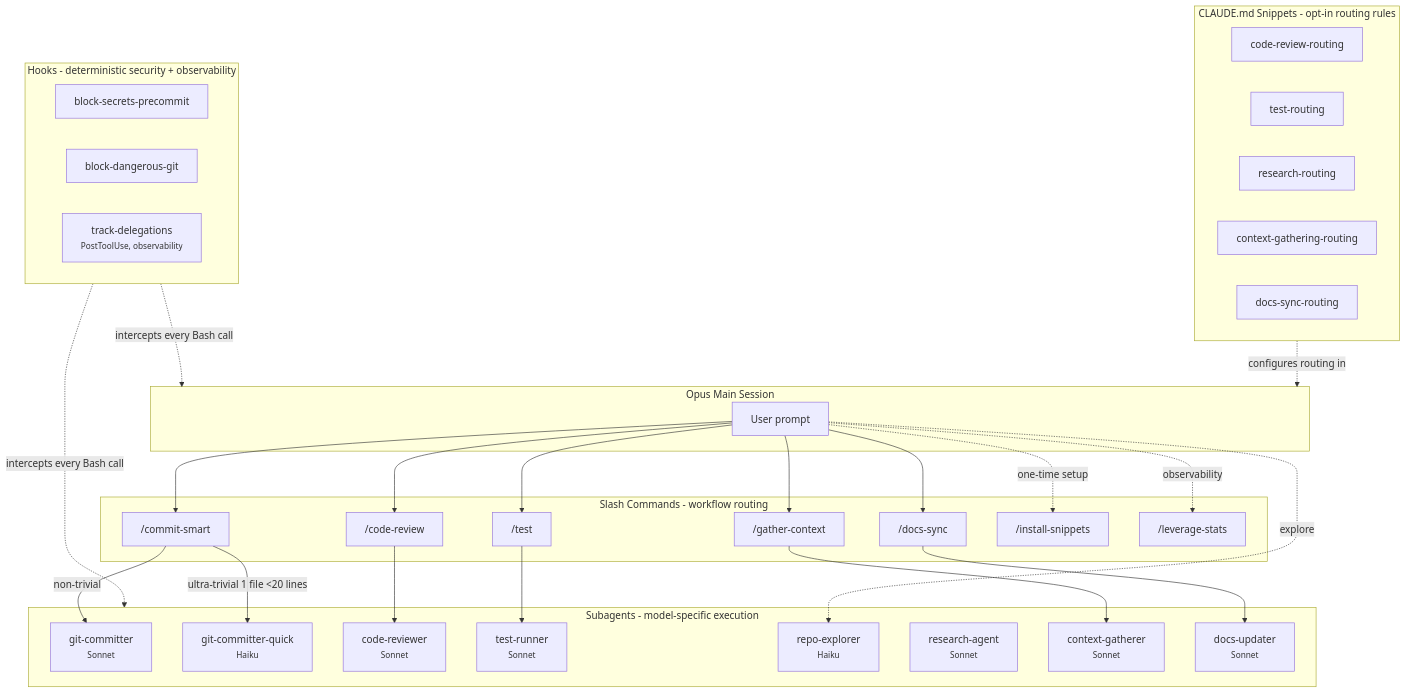
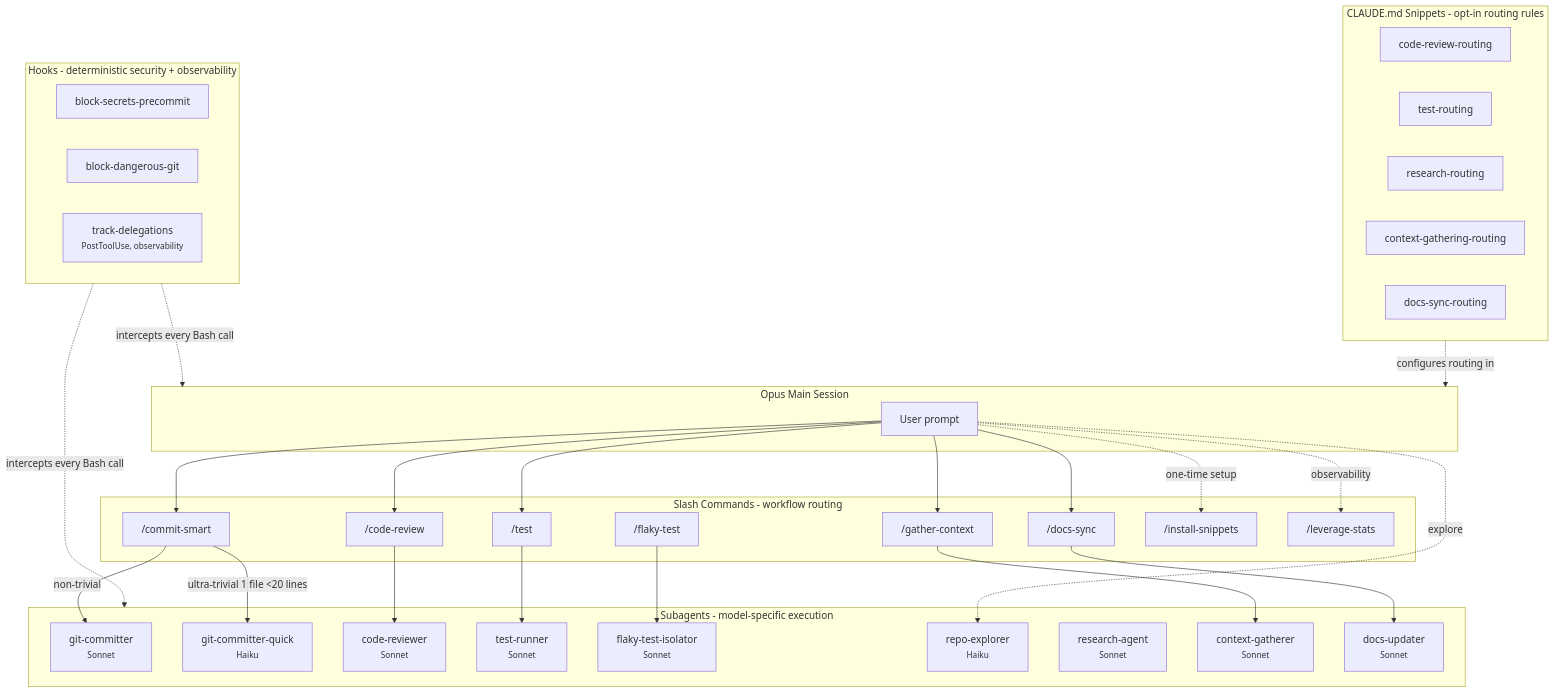
Before and after one commit to Filip-Podstavec/claude-leverage: the diagram in README.md, drawn with Mermaid. The commit also changed other lines of this file and 14 other files, not shown here.

````diff
--- a/README.md
+++ b/README.md
@@ -28,56 +29,59 @@
 ```mermaid
 graph TB
     subgraph Main["Opus Main Session"]
         USER["User prompt"]
     end
 
     subgraph Commands["Slash Commands - workflow routing"]
         CS["/commit-smart"]
         CR["/code-review"]
         TT["/test"]
+        FT["/flaky-test"]
         GCT["/gather-context"]
         DS["/docs-sync"]
         IS["/install-snippets"]
         LS["/leverage-stats"]
     end
 
     subgraph Agents["Subagents - model-specific execution"]
         GC["git-committer<br/><small>Sonnet</small>"]
         GCQ["git-committer-quick<br/><small>Haiku</small>"]
         CRA["code-reviewer<br/><small>Sonnet</small>"]
         TR["test-runner<br/><small>Sonnet</small>"]
+        FTI["flaky-test-isolator<br/><small>Sonnet</small>"]
         RX["repo-explorer<br/><small>Haiku</small>"]
         RA["research-agent<br/><small>Sonnet</small>"]
         CG["context-gatherer<br/><small>Sonnet</small>"]
         DU["docs-updater<br/><small>Sonnet</small>"]
     end
 
     subgraph Hooks["Hooks - deterministic security + observability"]
         BS["block-secrets-precommit"]
         BD["block-dangerous-git"]
         TD["track-delegations<br/><small>PostToolUse, observability</small>"]
     end
 
     subgraph Snippets["CLAUDE.md Snippets - opt-in routing rules"]
         CRR["code-review-routing"]
         TRR["test-routing"]
         RR["research-routing"]
         CGR["context-gathering-routing"]
         DSR["docs-sync-routing"]
     end
 
     USER --> CS & CR & TT & GCT & DS
     USER -.->|"one-time setup"| IS
     USER -.->|"observability"| LS
     USER -.->|"explore"| RX
     CS -->|"ultra-trivial 1 file <20 lines"| GCQ
     CS -->|"non-trivial"| GC
     CR --> CRA
     TT --> TR
+    FT --> FTI
     GCT --> CG
     DS --> DU
 
     Hooks -.->|"intercepts every Bash call"| Main
     Hooks -.->|"intercepts every Bash call"| Agents
     Snippets -.->|"configures routing in"| Main
 ```
````
